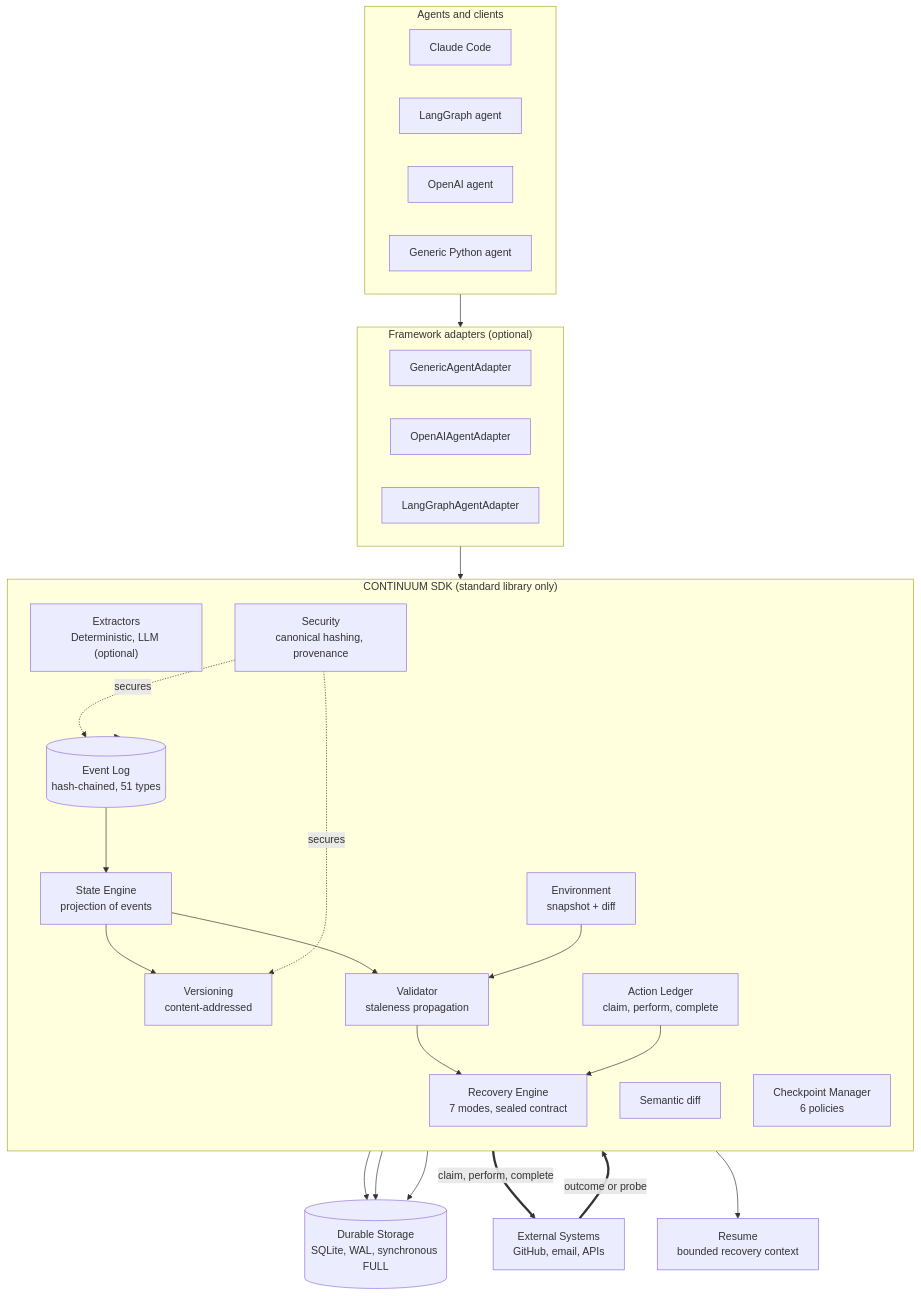
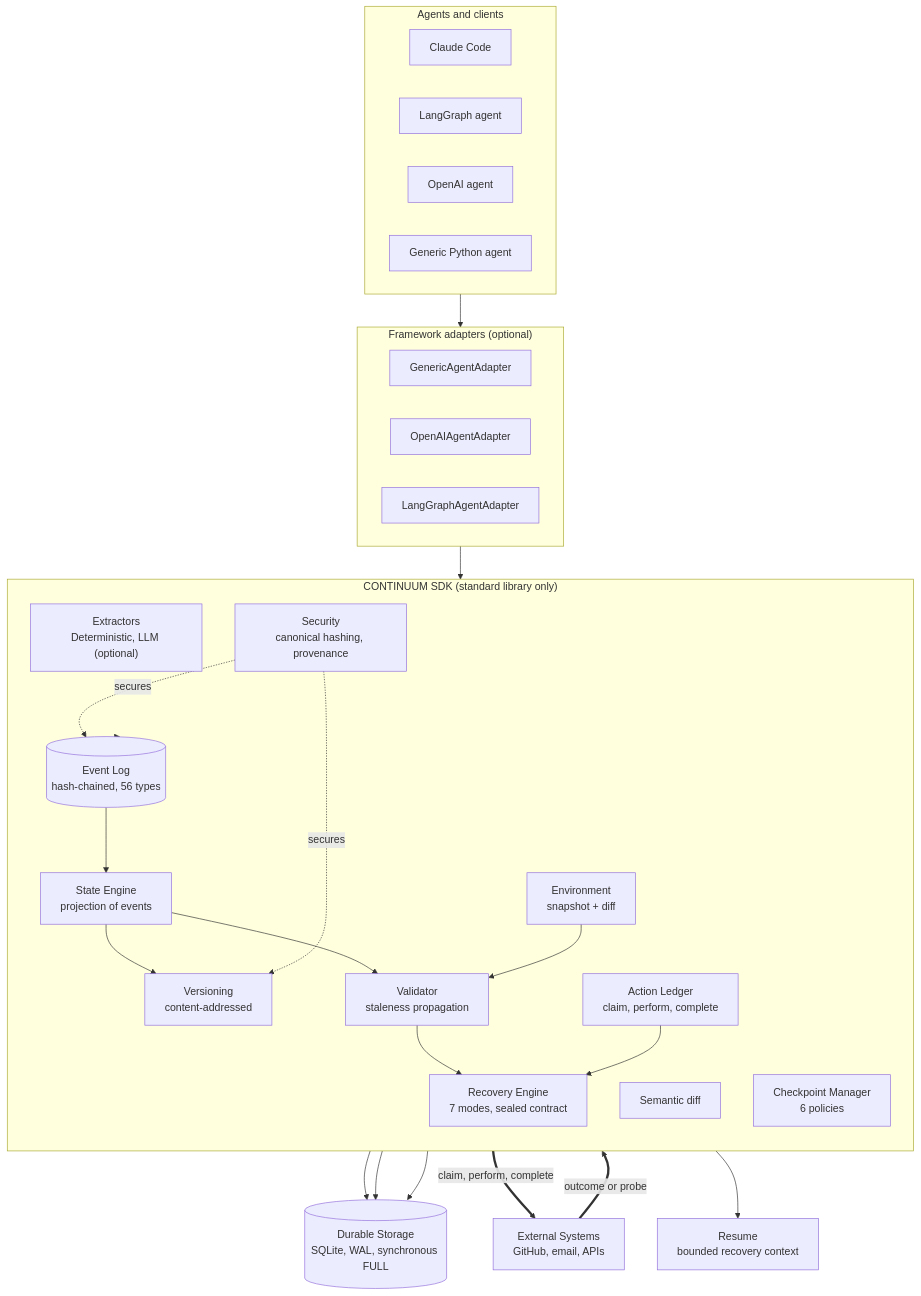
Before and after one commit to Adhi1-2/CONTINUUM: the diagram in references/architecture-flow.md, drawn with Mermaid. The commit also changed 52 other files, not shown here.

````diff
--- a/references/architecture-flow.md
+++ b/references/architecture-flow.md
@@ -7,61 +7,61 @@
 ```mermaid
 flowchart TB
     %% ---------- Agents and clients ----------
     subgraph AGENTS["Agents and clients"]
         cc["Claude Code"]
         lg["LangGraph agent"]
         oa["OpenAI agent"]
         gn["Generic Python agent"]
     end
 
     %% ---------- Framework adapters (optional) ----------
     subgraph ADAPT["Framework adapters (optional)"]
         gad["GenericAgentAdapter"]
         oad["OpenAIAgentAdapter"]
         lgad["LangGraphAgentAdapter"]
     end
 
     %% ---------- CONTINUUM SDK ----------
     subgraph SDK["CONTINUUM SDK (standard library only)"]
         direction TB
         ext["Extractors<br/>Deterministic, LLM (optional)"]
         proj["State Engine<br/>projection of events"]
         ver["Versioning<br/>content-addressed"]
         dif["Semantic diff"]
-        elog[("Event Log<br/>hash-chained, 51 types")]
+        elog[("Event Log<br/>hash-chained, 56 types")]
         led["Action Ledger<br/>claim, perform, complete"]
         ckpt["Checkpoint Manager<br/>6 policies"]
         env["Environment<br/>snapshot + diff"]
         val["Validator<br/>staleness propagation"]
         rec["Recovery Engine<br/>7 modes, sealed contract"]
         sec["Security<br/>canonical hashing, provenance"]
     end
 
     %% ---------- Storage / external / output ----------
     store[("Durable Storage<br/>SQLite, WAL, synchronous FULL")]
     extsys["External Systems<br/>GitHub, email, APIs"]
     resume["Resume<br/>bounded recovery context"]
 
     %% ---------- Flows ----------
     AGENTS --> ADAPT
     ADAPT --> SDK
 
     SDK --> elog
     elog --> store
     elog --> proj
     proj --> ver
     proj --> val
     env --> val
     val --> rec
     led --> rec
     rec --> store
     ckpt --> store
 
     led ==>|claim, perform, complete| extsys
     extsys ==>|outcome or probe| led
 
     rec --> resume
 
     sec -. secures .-> elog
     sec -. secures .-> ver
 ```
````
